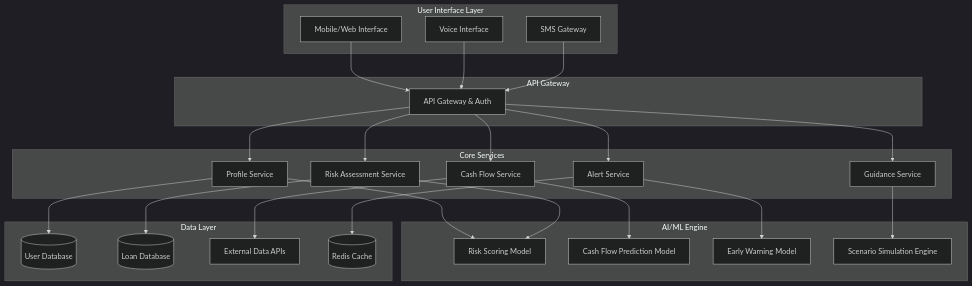
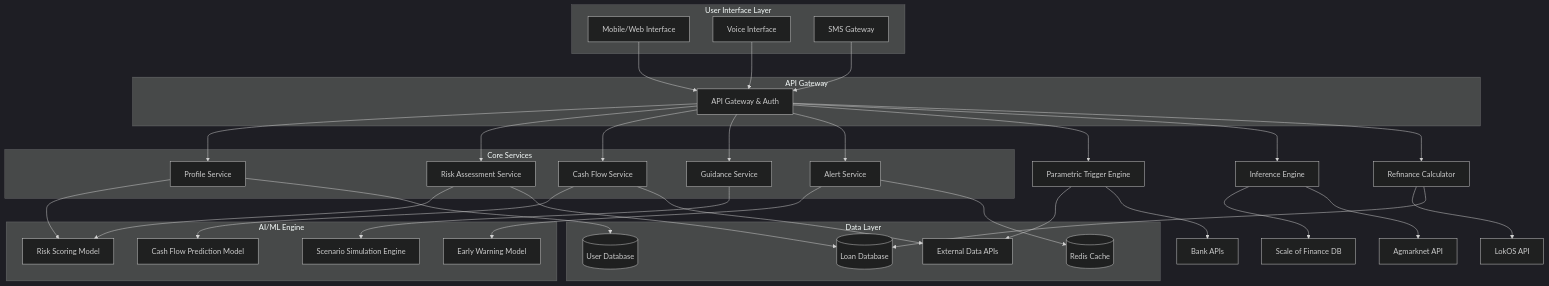
The diagram in .kiro/specs/rural-credit-ai-advisor/design.md (Shivansh-Gaur2/AiForBharatHack), drawn with Mermaid (dark theme) before and after one commit. The commit also changed other lines of this file and 1 other file, not shown here.

````diff
--- a/.kiro/specs/rural-credit-ai-advisor/design.md
+++ b/.kiro/specs/rural-credit-ai-advisor/design.md
@@ -13,54 +13,64 @@
 ```mermaid
 graph TB
     subgraph "User Interface Layer"
         UI[Mobile/Web Interface]
         Voice[Voice Interface]
         SMS[SMS Gateway]
     end
     
     subgraph "API Gateway"
         Gateway[API Gateway & Auth]
     end
     
     subgraph "Core Services"
         Profile[Profile Service]
         Risk[Risk Assessment Service]
         CashFlow[Cash Flow Service]
         Guidance[Guidance Service]
         Alert[Alert Service]
     end
     
     subgraph "AI/ML Engine"
         RiskML[Risk Scoring Model]
         CashFlowML[Cash Flow Prediction Model]
         EarlyWarningML[Early Warning Model]
         ScenarioML[Scenario Simulation Engine]
     end
     
     subgraph "Data Layer"
         UserDB[(User Database)]
         LoanDB[(Loan Database)]
         ExternalAPI[External Data APIs]
         Cache[(Redis Cache)]
     end
     
     UI --> Gateway
     Voice --> Gateway
     SMS --> Gateway
     Gateway --> Profile
     Gateway --> Risk
     Gateway --> CashFlow
     Gateway --> Guidance
     Gateway --> Alert
+    Gateway --> ParametricTrigger[Parametric Trigger Engine]
+    Gateway --> Inference[Inference Engine]
+    Gateway --> Refinance[Refinance Calculator]
     
     Profile --> RiskML
     Risk --> RiskML
     CashFlow --> CashFlowML
     Alert --> EarlyWarningML
     Guidance --> ScenarioML
     
+    ParametricTrigger --> ExternalAPI
+    ParametricTrigger --> BankAPI[Bank APIs]
+    Inference --> ScaleOfFinance[Scale of Finance DB]
+    Inference --> Agmarknet[Agmarknet API]
+    Refinance --> LokOS[LokOS API]
+    Refinance --> LoanDB
+    
     Profile --> UserDB
     Risk --> LoanDB
     CashFlow --> ExternalAPI
     Alert --> Cache
 ```
````
